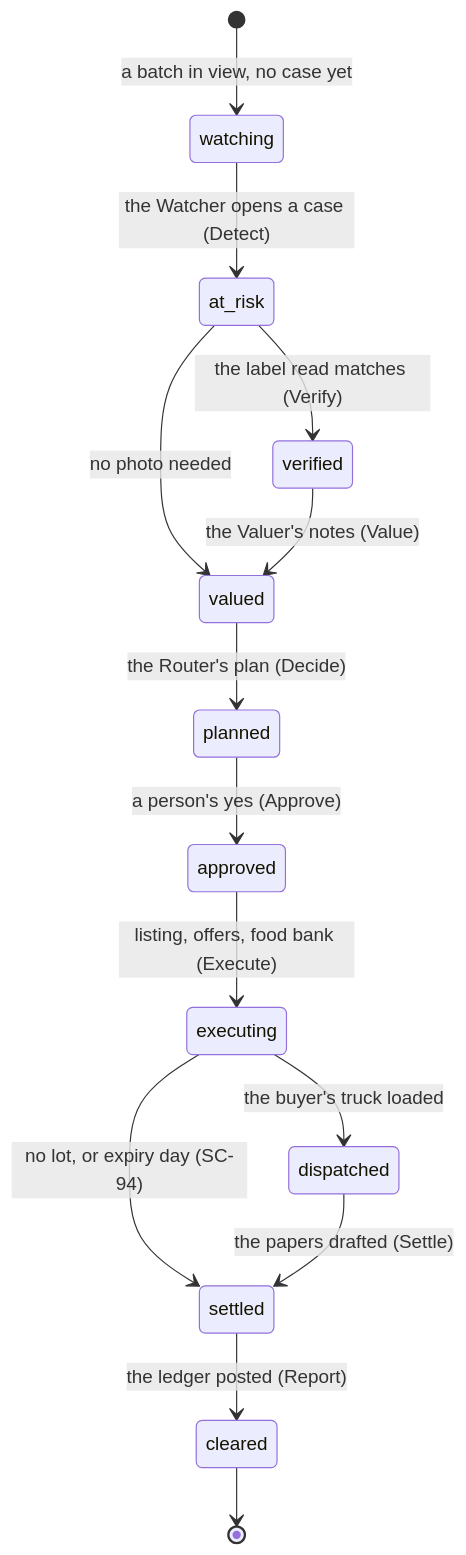
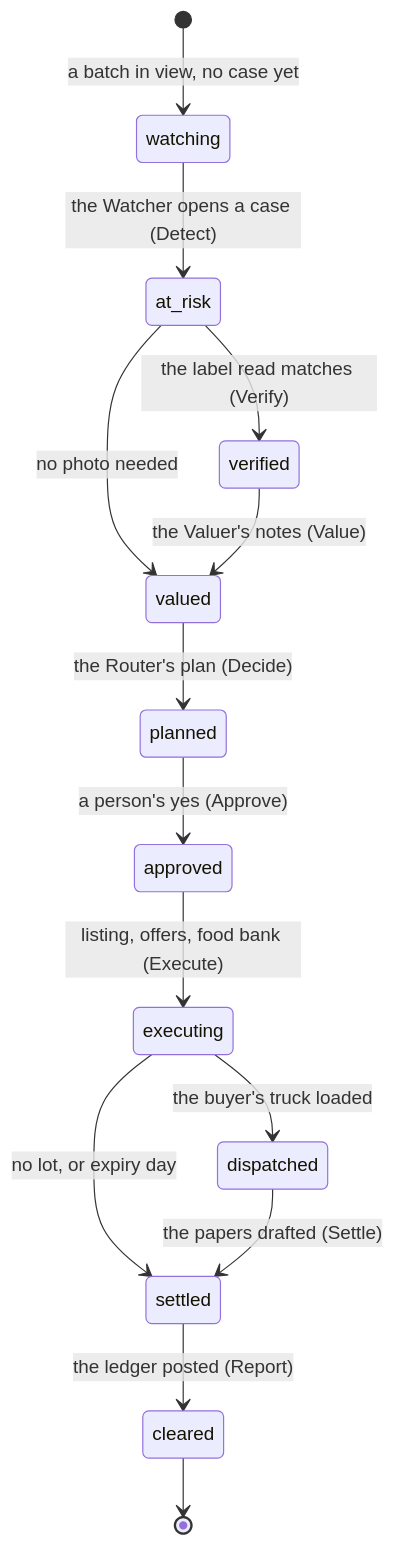
Before and after one commit to aibuilder2026/smart-clearance: the first of 11 diagrams in ARCHITECTURE.md, drawn with Mermaid. The commit also changed other lines of this file and 16 other files, not shown here.

````diff
--- a/ARCHITECTURE.md
+++ b/ARCHITECTURE.md
@@ -226,16 +261,16 @@
 ```mermaid
 stateDiagram-v2
   [*] --> watching: a batch in view, no case yet
   watching --> at_risk: the Watcher opens a case (Detect)
   at_risk --> verified: the label read matches (Verify)
   at_risk --> valued: no photo needed
   verified --> valued: the Valuer's notes (Value)
   valued --> planned: the Router's plan (Decide)
   planned --> approved: a person's yes (Approve)
   approved --> executing: listing, offers, food bank (Execute)
   executing --> dispatched: the buyer's truck loaded
-  executing --> settled: no lot, or expiry day (SC-94)
+  executing --> settled: no lot, or expiry day
   dispatched --> settled: the papers drafted (Settle)
   settled --> cleared: the ledger posted (Report)
   cleared --> [*]
 ```
````
